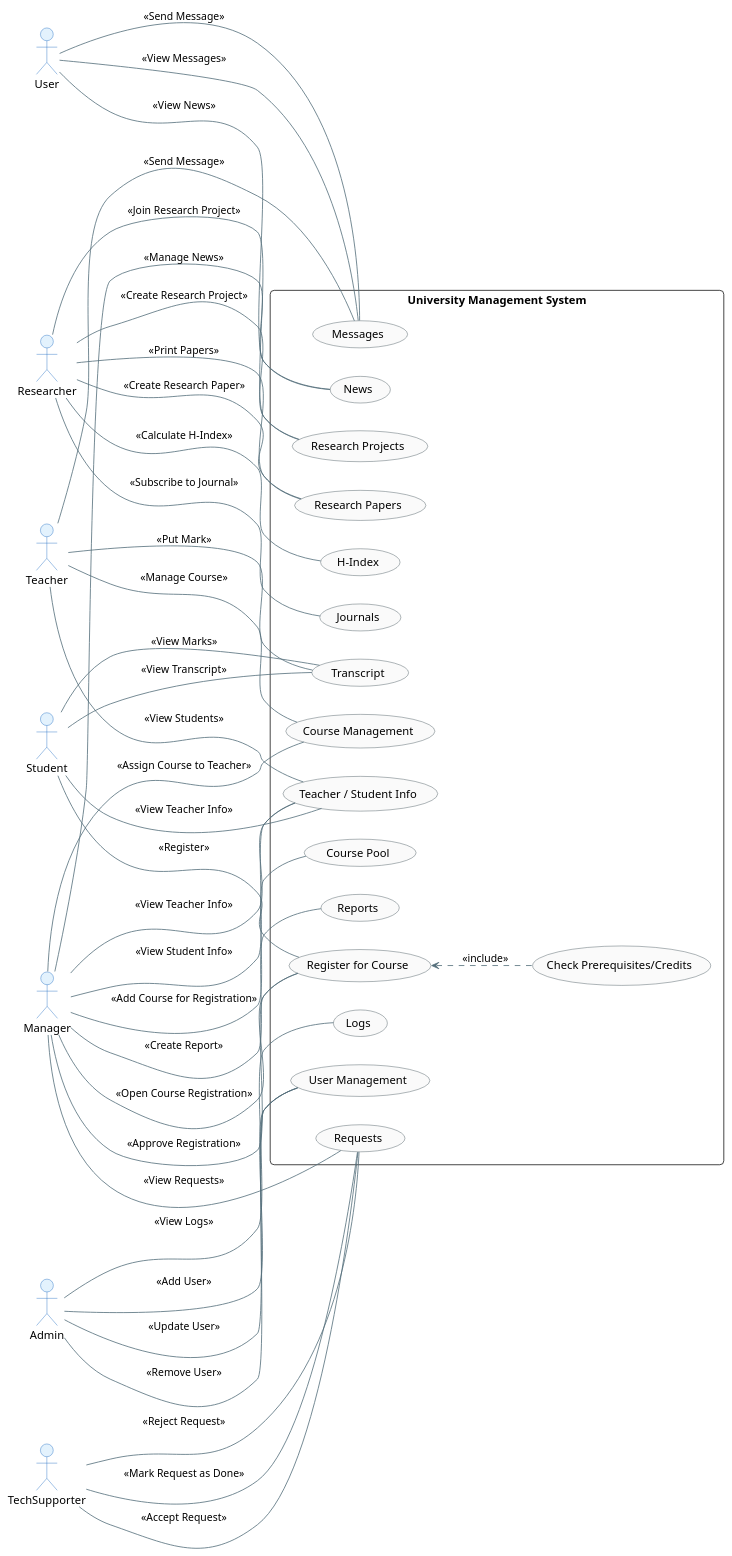
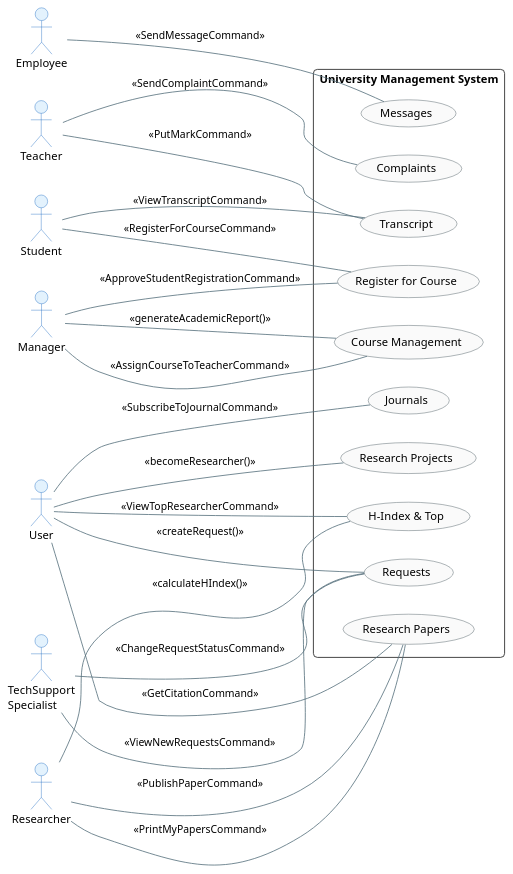
The diagram in PartA/useCaseDiagrams/courseRegistration.puml (ofeerist/uni-crm-oop), drawn with PlantUML before and after one commit. The commit also changed 8 other files, not shown here.

```diff
--- a/PartA/useCaseDiagrams/courseRegistration.puml
+++ b/PartA/useCaseDiagrams/courseRegistration.puml
@@ -1,92 +1,70 @@
 @startuml
 skinparam theme plain
 skinparam packageStyle rectangle
 skinparam roundcorner 10
 skinparam shadowing false
 skinparam defaultFontName "Segoe UI"
 
 skinparam actor {
     BackgroundColor #E3F2FD
     BorderColor #1565C0
     FontColor #000000
 }
 
 skinparam usecase {
     BackgroundColor #FAFAFA
     BorderColor #37474F
     ArrowColor #546E7A
     FontColor #000000
 }
 
 left to right direction
 
 actor "User" as U
 actor "Student" as S
+actor "Employee" as E
 actor "Teacher" as T
+actor "Manager" as M
+actor "TechSupport\nSpecialist" as TSS
 actor "Researcher" as R
-actor "Manager" as M
-actor "Admin" as A
-actor "TechSupporter" as TS
 
 rectangle "University Management System" {
 
     usecase "Register for Course" as Register
-    usecase "Check Prerequisites/Credits" as CheckCredits
     usecase "Transcript" as Transcript
     usecase "Course Management" as CourseMgmt
-    usecase "Course Pool" as CoursePool
-    usecase "Teacher / Student Info" as Info
     usecase "Messages" as Messages
-    usecase "News" as News
+    usecase "Complaints" as Complaints
+    usecase "Requests" as Requests
     usecase "Research Projects" as ResearchProjects
     usecase "Research Papers" as ResearchPapers
-    usecase "H-Index" as HIndex
+    usecase "H-Index & Top" as HIndex
     usecase "Journals" as Journals
-    usecase "User Management" as UserMgmt
-    usecase "Logs" as Logs
-    usecase "Requests" as Requests
-    usecase "Reports" as Reports
 
-    U -- News : <<View News>>
-    U -- Messages : <<Send Message>>
-    U -- Messages : <<View Messages>>
+    U -- Requests : <<createRequest()>>
+    U -- Journals : <<SubscribeToJournalCommand>>
+    U -- ResearchPapers : <<GetCitationCommand>>
+    U -- HIndex : <<ViewTopResearcherCommand>>
+    U -- ResearchProjects : <<becomeResearcher()>>
 
-    M -- Register : <<Open Course Registration>>
-    M -- Register : <<Approve Registration>>
-    M -- CoursePool : <<Add Course for Registration>>
-    M -- CourseMgmt : <<Assign Course to Teacher>>
-    M -- Reports : <<Create Report>>
-    M -- Info : <<View Student Info>>
-    M -- Info : <<View Teacher Info>>
-    M -- News : <<Manage News>>
-    M -- Requests : <<View Requests>>
+    E -- Messages : <<SendMessageCommand>>
 
-    S -- Register : <<Register>>
-    Register <.. CheckCredits : <<include>>
-    S -- Transcript : <<View Transcript>>
-    S -- Transcript : <<View Marks>>
-    S -- Info : <<View Teacher Info>>
+    S -- Register : <<RegisterForCourseCommand>>
+    S -- Transcript : <<ViewTranscriptCommand>>
 
-    T -- Transcript : <<Put Mark>>
-    T -- CourseMgmt : <<Manage Course>>
-    T -- Info : <<View Students>>
-    T -- Messages : <<Send Message>>
+    T -- Transcript : <<PutMarkCommand>>
+    T -- Complaints : <<SendComplaintCommand>>
 
-    A -- UserMgmt : <<Add User>>
-    A -- UserMgmt : <<Update User>>
-    A -- UserMgmt : <<Remove User>>
-    A -- Logs : <<View Logs>>
+    M -- Register : <<ApproveStudentRegistrationCommand>>
+    M -- CourseMgmt : <<AssignCourseToTeacherCommand>>
+    M -- CourseMgmt : <<generateAcademicReport()>>
 
-    TS -- Requests : <<Accept Request>>
-    TS -- Requests : <<Reject Request>>
-    TS -- Requests : <<Mark Request as Done>>
+    TSS -- Requests : <<ViewNewRequestsCommand>>
+    TSS -- Requests : <<ChangeRequestStatusCommand>>
 
-    R -- ResearchProjects : <<Create Research Project>>
-    R -- ResearchProjects : <<Join Research Project>>
-    R -- ResearchPapers : <<Create Research Paper>>
-    R -- ResearchPapers : <<Print Papers>>
-    R -- HIndex : <<Calculate H-Index>>
-    R -- Journals : <<Subscribe to Journal>>
+    R -- ResearchPapers : <<PublishPaperCommand>>
+    R -- ResearchPapers : <<PrintMyPapersCommand>>
+    R -- HIndex : <<calculateHIndex()>>
 }
 
 @enduml
```
